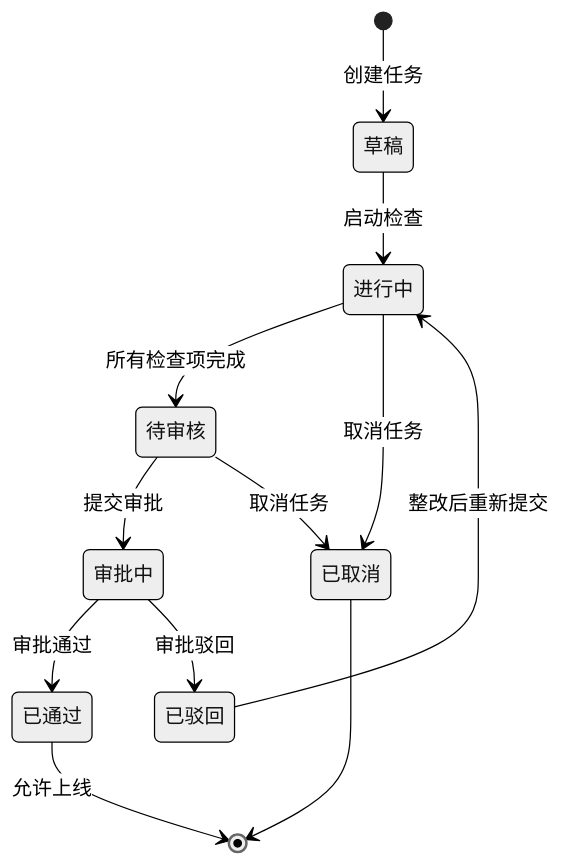
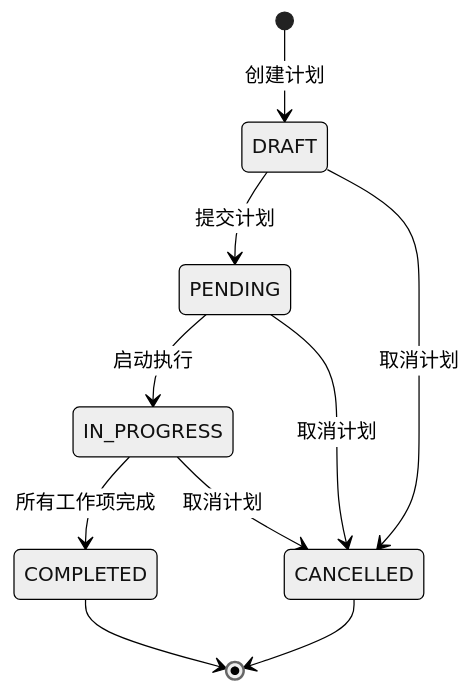
The eighth of 17 diagrams in docs/workflow/business-flow.md (vickiechen1128/CRTAssistant_demo), drawn with Mermaid (neutral theme) before and after one commit. The commit also changed other lines of this file and 19 other files, not shown here.

````diff
--- a/docs/workflow/business-flow.md
+++ b/docs/workflow/business-flow.md
@@ -139,14 +258,12 @@
 ```mermaid
 stateDiagram-v2
-    [*] --> 草稿: 创建任务
-    草稿 --> 进行中: 启动检查
-    进行中 --> 待审核: 所有检查项完成
-    待审核 --> 审批中: 提交审批
-    审批中 --> 已通过: 审批通过
-    审批中 --> 已驳回: 审批驳回
-    已驳回 --> 进行中: 整改后重新提交
-    已通过 --> [*]: 允许上线
-    进行中 --> 已取消: 取消任务
-    待审核 --> 已取消: 取消任务
-    已取消 --> [*]
+    [*] --> DRAFT: 创建计划
+    DRAFT --> PENDING: 提交计划
+    PENDING --> IN_PROGRESS: 启动执行
+    IN_PROGRESS --> COMPLETED: 所有工作项完成
+    IN_PROGRESS --> CANCELLED: 取消计划
+    PENDING --> CANCELLED: 取消计划
+    DRAFT --> CANCELLED: 取消计划
+    COMPLETED --> [*]
+    CANCELLED --> [*]
 ```
````
